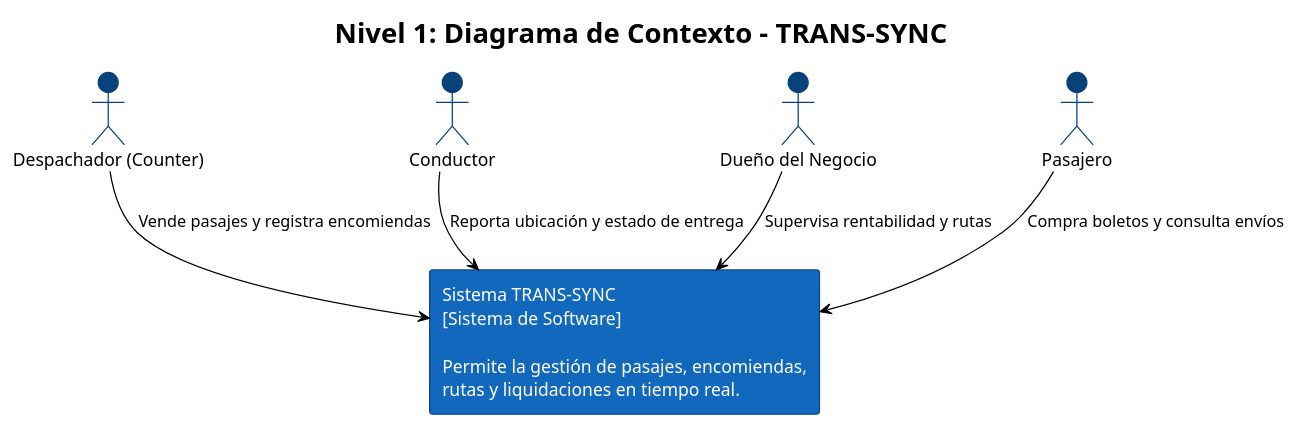
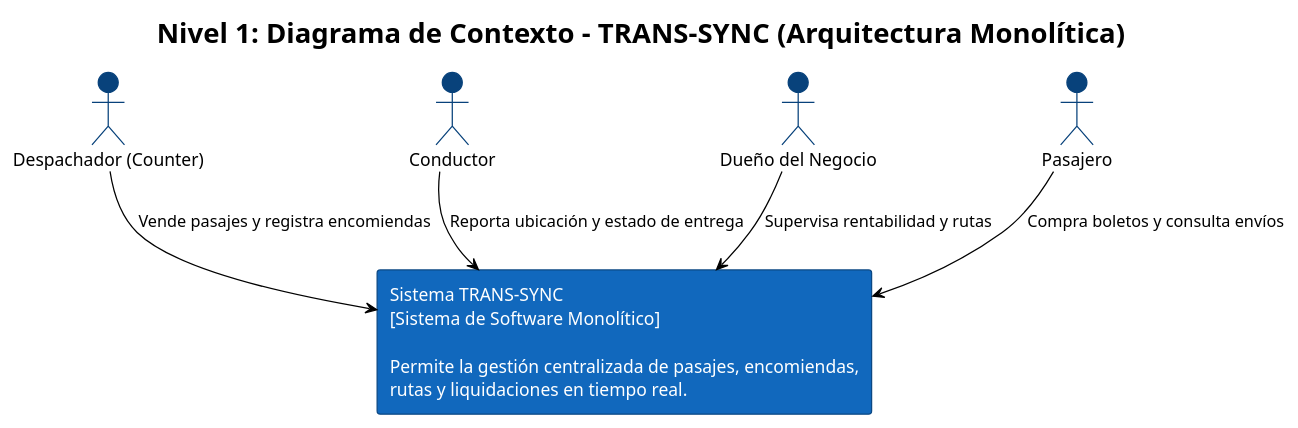
Before and after one commit to FloppaFlopita/TRANS_SYNC_DOCS: the diagram in 1-MODELO_C4/Nivel_1_Contexto/c4_nivel1_contexto.puml, drawn with PlantUML. The commit also changed 24 other files, not shown here.

```diff
--- a/1-MODELO_C4/Nivel_1_Contexto/c4_nivel1_contexto.puml
+++ b/1-MODELO_C4/Nivel_1_Contexto/c4_nivel1_contexto.puml
@@ -1,27 +1,27 @@
 @startuml
 !theme plain
 skinparam rectangle {
     BackgroundColor #1168bd
     FontColor white
     BorderColor #0b4884
 }
 skinparam actor {
     BackgroundColor #08427b
     BorderColor #08427b
 }
 
-title Nivel 1: Diagrama de Contexto - TRANS-SYNC
+title Nivel 1: Diagrama de Contexto - TRANS-SYNC (Arquitectura Monolítica)
 
 actor "Despachador (Counter)" as despachador
 actor "Conductor" as conductor
 actor "Dueño del Negocio" as dueno
 actor "Pasajero" as pasajero
 
-rectangle "Sistema TRANS-SYNC\n[Sistema de Software]\n\nPermite la gestión de pasajes, encomiendas,\nrutas y liquidaciones en tiempo real." as sistema
+rectangle "Sistema TRANS-SYNC\n[Sistema de Software Monolítico]\n\nPermite la gestión centralizada de pasajes, encomiendas,\nrutas y liquidaciones en tiempo real." as sistema
 
 despachador --> sistema : Vende pasajes y registra encomiendas
 conductor --> sistema : Reporta ubicación y estado de entrega
 dueno --> sistema : Supervisa rentabilidad y rutas
 pasajero --> sistema : Compra boletos y consulta envíos
 
 @enduml
```
